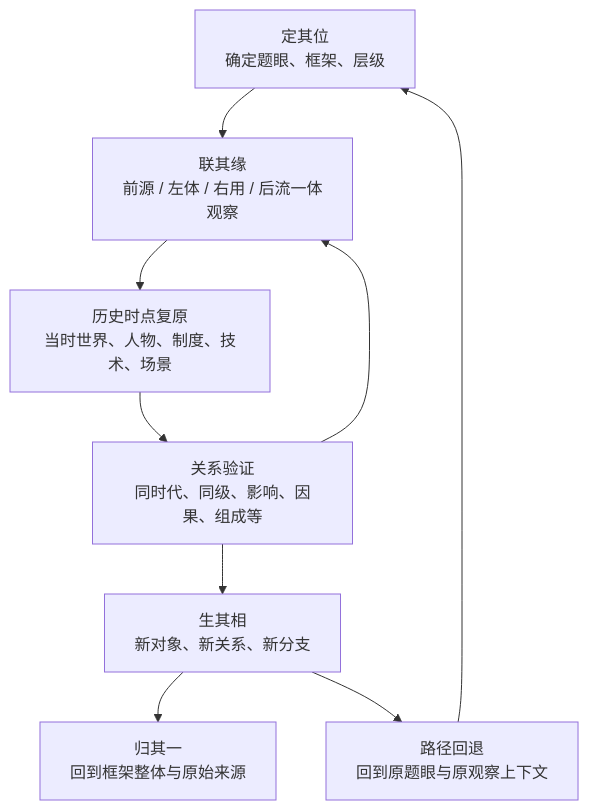
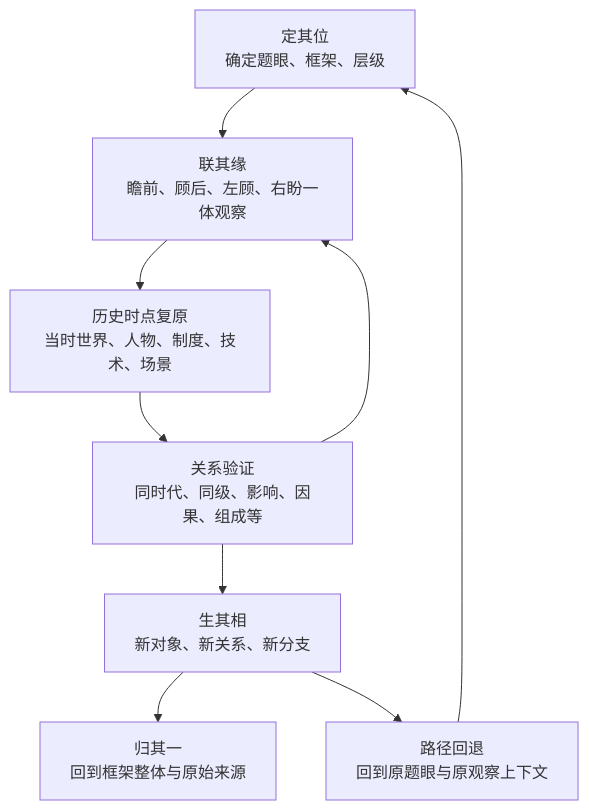
Before and after one commit to yijianvision-lgtm/yijian: the diagram in docs/MIND-V3.3-A5-ARCHITECTURE-ACCEPTANCE-AUDIT.md, drawn with Mermaid. The commit also changed other lines of this file, not shown here.

Commit message:
fix(mind): align four-direction terminology in MIND-V3.3-A5-ARCHITECTURE-ACCEPTANCE-AUDIT.md

````diff
--- a/docs/MIND-V3.3-A5-ARCHITECTURE-ACCEPTANCE-AUDIT.md
+++ b/docs/MIND-V3.3-A5-ARCHITECTURE-ACCEPTANCE-AUDIT.md
@@ -31,13 +31,13 @@
 ```mermaid
 flowchart TB
   A["定其位<br/>确定题眼、框架、层级"]
-  B["联其缘<br/>前源 / 左体 / 右用 / 后流一体观察"]
+  B["联其缘<br/>瞻前、顾后、左顾、右盼一体观察"]
   C["历史时点复原<br/>当时世界、人物、制度、技术、场景"]
   D["关系验证<br/>同时代、同级、影响、因果、组成等"]
   E["生其相<br/>新对象、新关系、新分支"]
   F["归其一<br/>回到框架整体与原始来源"]
   G["路径回退<br/>回到原题眼与原观察上下文"]
   A --> B --> C --> D --> E --> F
   E --> G --> A
   D --> B
 ```
````
